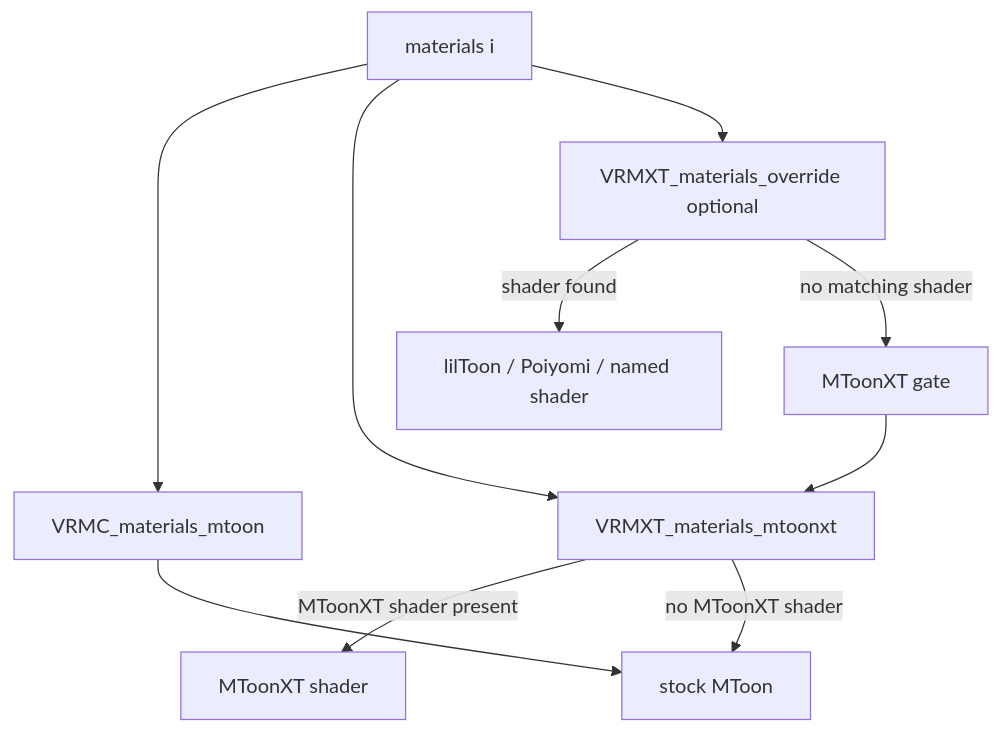
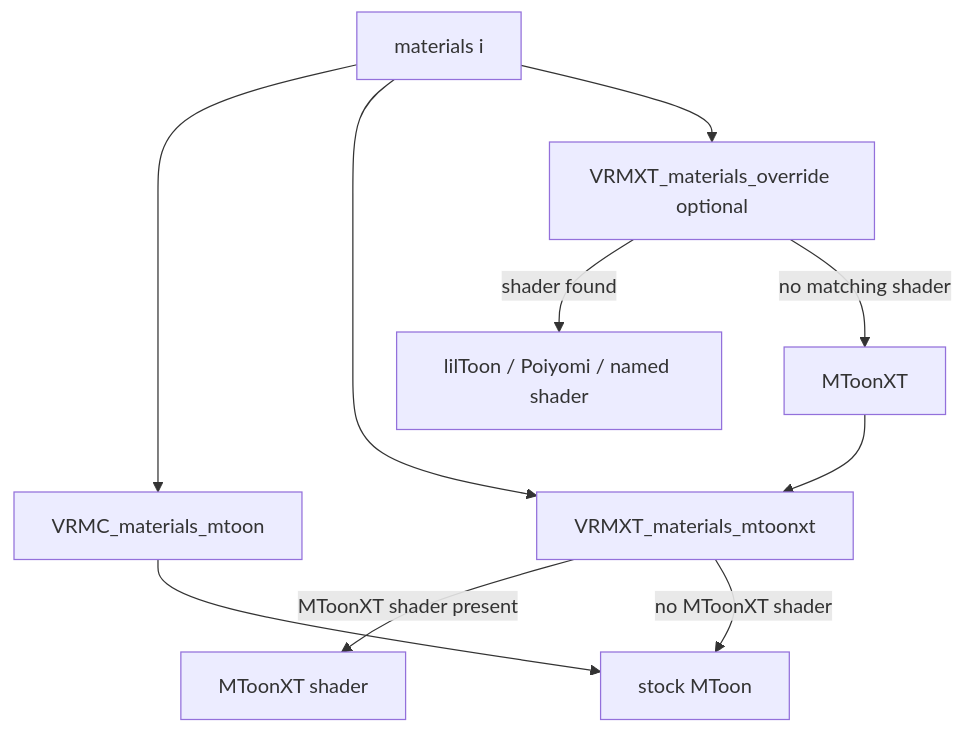
Before and after one commit to miramocha/Extended-VRM-Specs: the third of 3 diagrams in implementations/mtoonxt-liltoon-override-warudo.md, drawn with Mermaid. The commit also changed other lines of this file and 4 other files, not shown here.

````diff
--- a/implementations/mtoonxt-liltoon-override-warudo.md
+++ b/implementations/mtoonxt-liltoon-override-warudo.md
@@ -70,16 +70,16 @@
 ```mermaid
 flowchart TD
   mat["materials i"]
   mtoon["VRMC_materials_mtoon"]
   xt["VRMXT_materials_mtoonxt"]
   ov["VRMXT_materials_override optional"]
   mat --> mtoon
   mat --> xt
   mat --> ov
   ov -->|"shader found"| engineShader["lilToon / Poiyomi / named shader"]
-  ov -->|"no matching shader"| xtGate["MToonXT gate"]
+  ov -->|"no matching shader"| xtGate["MToonXT"]
   xtGate --> xt
   xt -->|"MToonXT shader present"| mtoonxt["MToonXT shader"]
   xt -->|"no MToonXT shader"| stock["stock MToon"]
   mtoon --> stock
 ```
````
